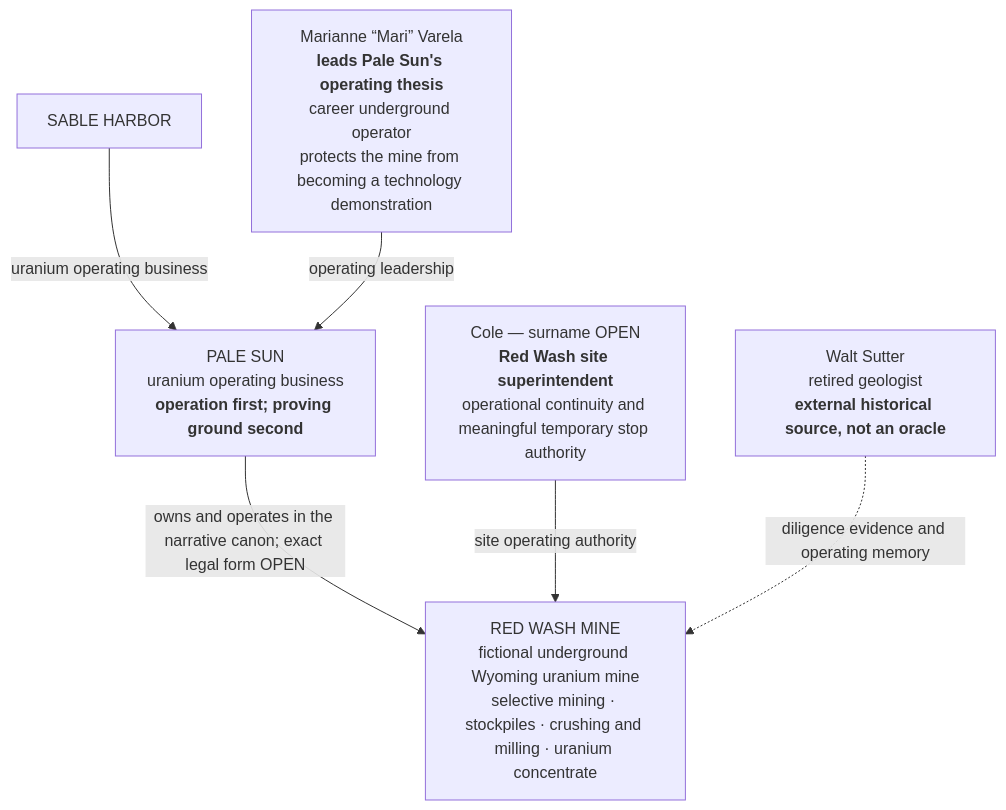
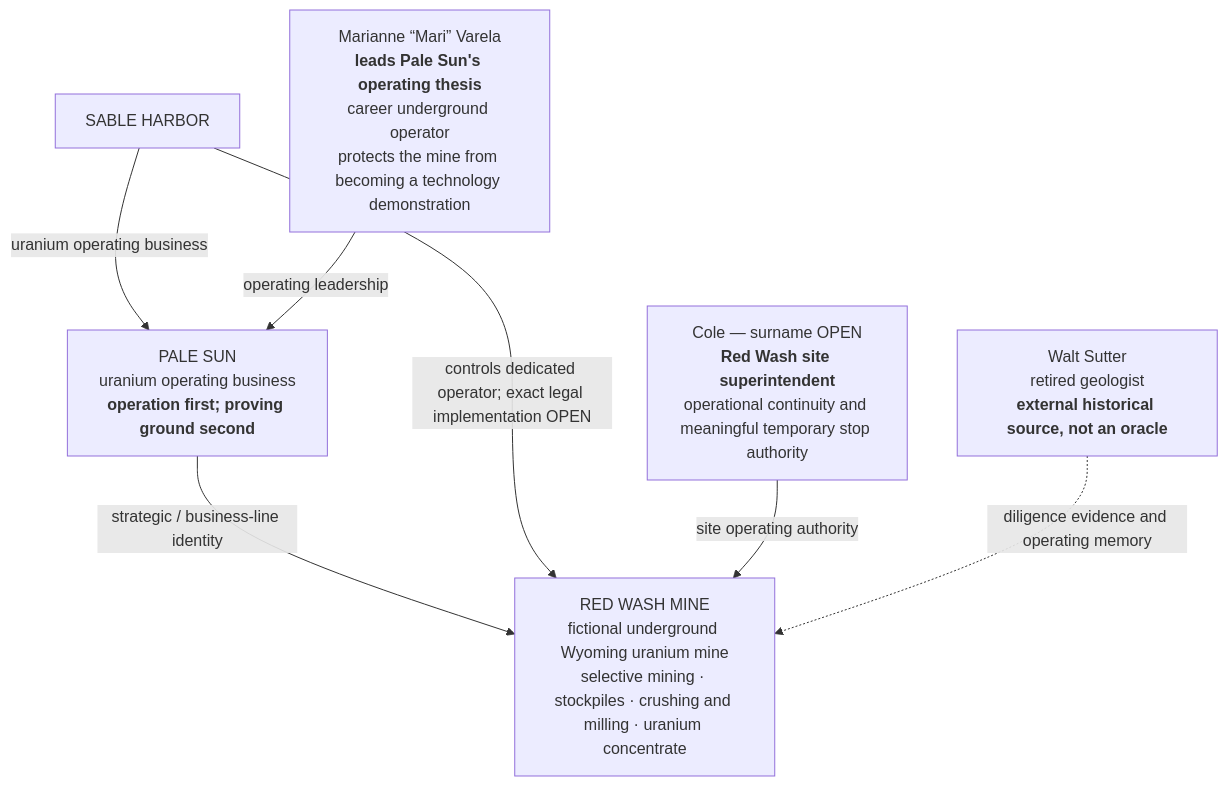
The first of 2 diagrams in docs/organization/PALE_SUN_AND_RED_WASH.md (SquirmyWormy275/SABLEHARBOR), drawn with Mermaid before and after one commit. The commit also changed other lines of this file and 60 other files, not shown here.

````diff
--- a/docs/organization/PALE_SUN_AND_RED_WASH.md
+++ b/docs/organization/PALE_SUN_AND_RED_WASH.md
@@ -11,16 +11,17 @@
 ```mermaid
 flowchart TB
     SH["SABLE HARBOR"]
     PALE["PALE SUN<br/>uranium operating business<br/><b>operation first; proving ground second</b>"]
     REDWASH["RED WASH MINE<br/>fictional underground Wyoming uranium mine<br/>selective mining · stockpiles · crushing and milling · uranium concentrate"]
 
     MARI["Marianne “Mari” Varela<br/><b>leads Pale Sun's operating thesis</b><br/>career underground operator<br/>protects the mine from becoming a technology demonstration"]
     COLE["Cole — surname OPEN<br/><b>Red Wash site superintendent</b><br/>operational continuity and meaningful temporary stop authority"]
     WALT["Walt Sutter<br/>retired geologist<br/><b>external historical source, not an oracle</b>"]
 
     SH -->|uranium operating business| PALE
-    PALE -->|owns and operates in the narrative canon; exact legal form OPEN| REDWASH
+    PALE -->|strategic / business-line identity| REDWASH
+    SH -->|controls dedicated operator; exact legal implementation OPEN| REDWASH
     MARI -->|operating leadership| PALE
     COLE -->|site operating authority| REDWASH
     WALT -.->|diligence evidence and operating memory| REDWASH
 ```
````
